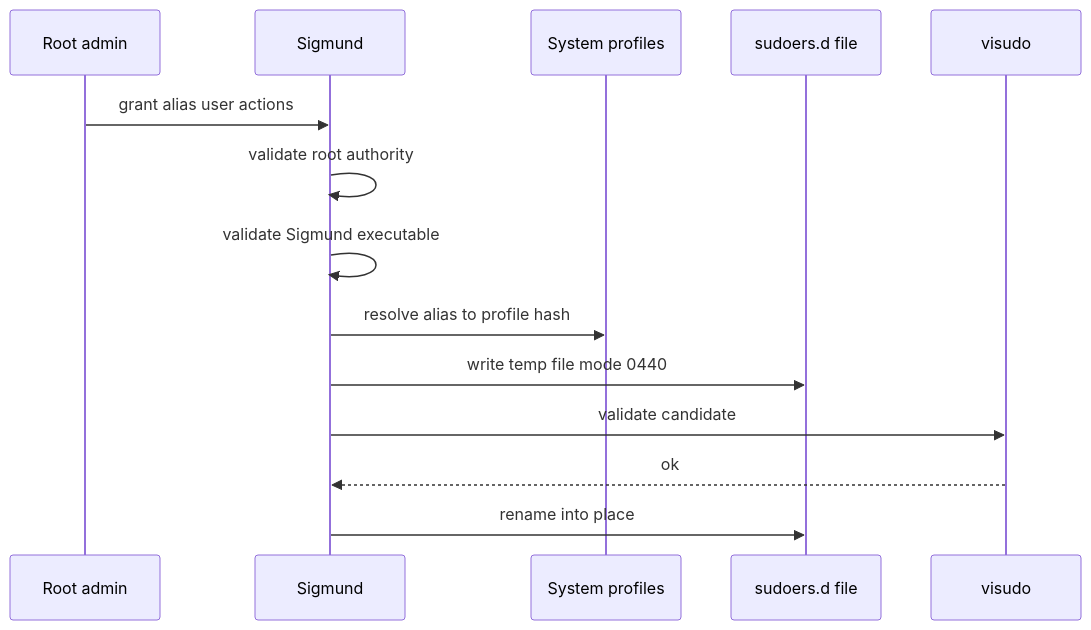
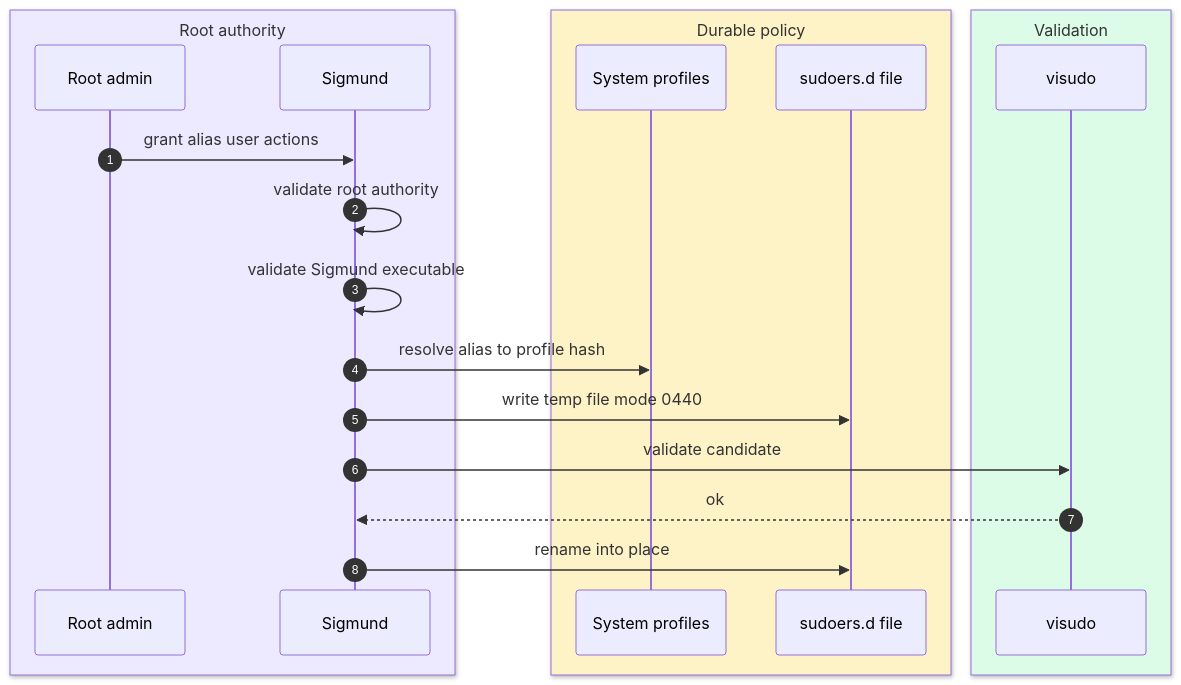
Before and after one commit to RchGrav/onhold: the third of 3 diagrams in docs/security.md, drawn with Mermaid. The commit also changed other lines of this file and 13 other files, not shown here.

````diff
--- a/docs/security.md
+++ b/docs/security.md
@@ -68,17 +86,24 @@
 ```mermaid
 sequenceDiagram
+    autonumber
+    box rgb(237, 233, 254) Root authority
     participant Admin as Root admin
     participant Sigmund as Sigmund
+    end
+    box rgb(254, 243, 199) Durable policy
     participant Store as System profiles
     participant File as sudoers.d file
+    end
+    box rgb(220, 252, 231) Validation
     participant Visudo as visudo
+    end
 
     Admin->>Sigmund: grant alias user actions
     Sigmund->>Sigmund: validate root authority
     Sigmund->>Sigmund: validate Sigmund executable
     Sigmund->>Store: resolve alias to profile hash
     Sigmund->>File: write temp file mode 0440
     Sigmund->>Visudo: validate candidate
     Visudo-->>Sigmund: ok
     Sigmund->>File: rename into place
 ```
````
